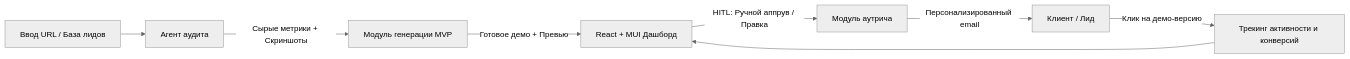
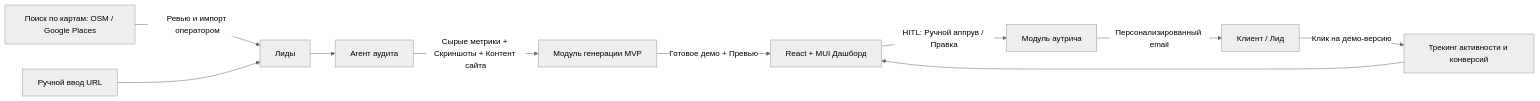
The first of 10 diagrams in blueprint.md (yurykurouski/revamp-docs), drawn with Mermaid (neutral theme) before and after one commit. The commit also changed other lines of this file and 6 other files, not shown here.

````diff
--- a/blueprint.md
+++ b/blueprint.md
@@ -12,10 +12,12 @@
 ```mermaid
 flowchart LR
-    A[Ввод URL / База лидов] --> B[Агент аудита]
-    B -->|Сырые метрики + Скриншоты| C[Модуль генерации MVP]
+    A0[Поиск по картам: OSM / Google Places] -->|Ревью и импорт оператором| A[Лиды]
+    A1[Ручной ввод URL] --> A
+    A --> B[Агент аудита]
+    B -->|Сырые метрики + Скриншоты + Контент сайта| C[Модуль генерации MVP]
     C -->|Готовое демо + Превью| D[React + MUI Дашборд]
     D -->|HITL: Ручной аппрув / Правка| E[Модуль аутрича]
     E -->|Персонализированный email| F[Клиент / Лид]
     F -->|Клик на демо-версию| G[Трекинг активности и конверсий]
     G --> D
 ```
````
